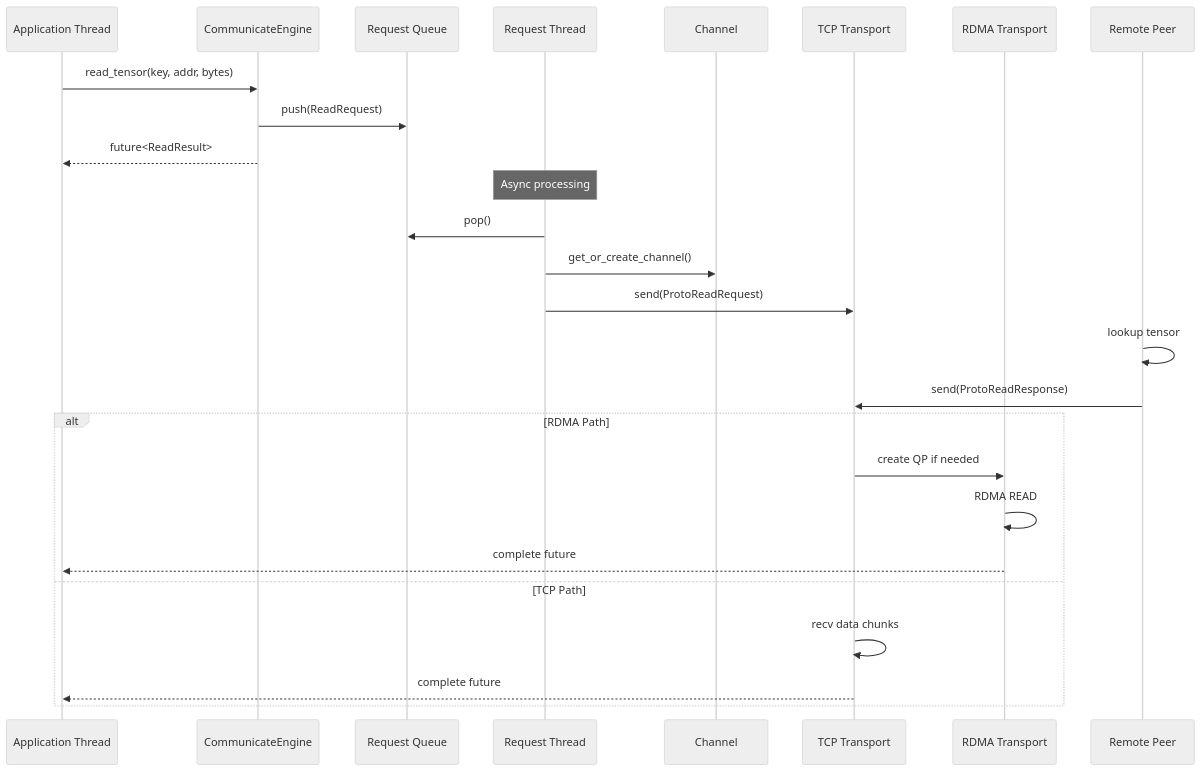
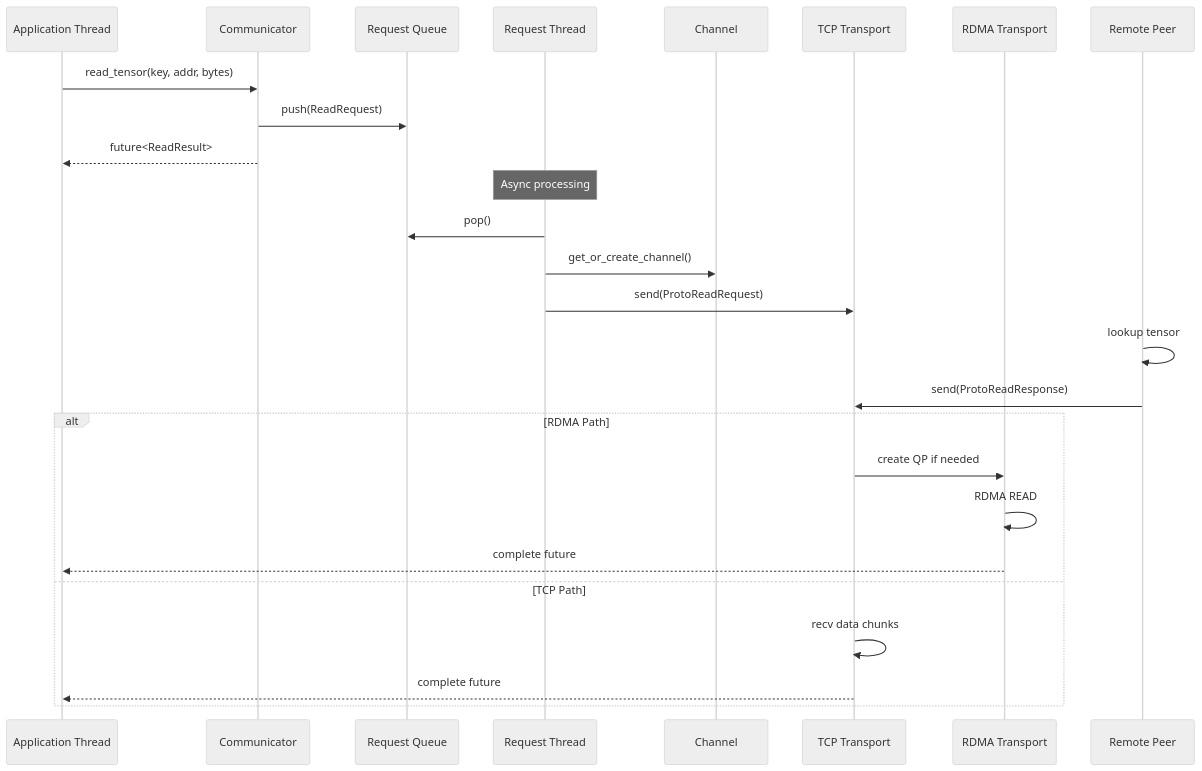
The eighth of 13 diagrams in core/communicator/README.md (tensorcast-ai/tensorcast), drawn with Mermaid (neutral theme) before and after one commit. The commit also changed other lines of this file and 38 other files, not shown here.

Commit message:
refactor: rename CommunicateEngine to Communicator

````diff
--- a/core/communicator/README.md
+++ b/core/communicator/README.md
@@ -363,32 +363,32 @@
 ```mermaid
 sequenceDiagram
   participant App as Application Thread
-  participant CE as CommunicateEngine
+  participant CE as Communicator
   participant RQ as Request Queue
   participant RT as Request Thread
   participant CH as Channel
   participant TCP as TCP Transport
   participant RDMA as RDMA Transport
   participant Remote as Remote Peer
 
   App->>CE: read_tensor(key, addr, bytes)
   CE->>RQ: push(ReadRequest)
   CE-->>App: future<ReadResult>
 
   Note over RT: Async processing
   RT->>RQ: pop()
   RT->>CH: get_or_create_channel()
   RT->>TCP: send(ProtoReadRequest)
 
   Remote->>Remote: lookup tensor
   Remote->>TCP: send(ProtoReadResponse)
 
   alt RDMA Path
     TCP->>RDMA: create QP if needed
     RDMA->>RDMA: RDMA READ
     RDMA-->>App: complete future
   else TCP Path
     TCP->>TCP: recv data chunks
     TCP-->>App: complete future
   end
 ```
````
